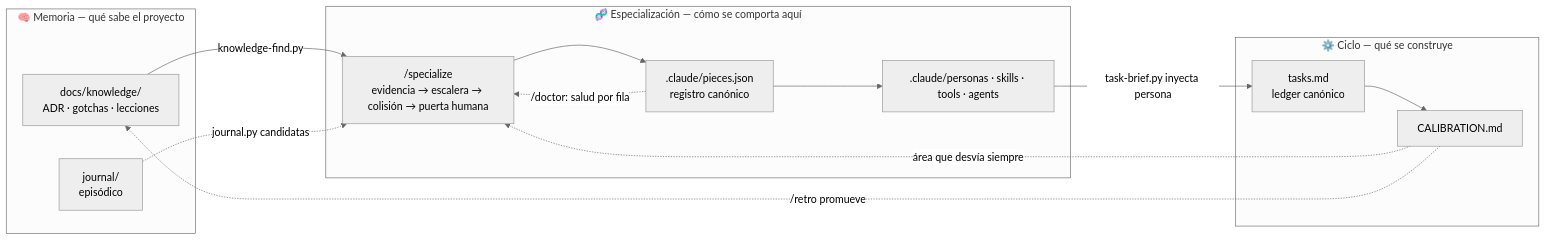
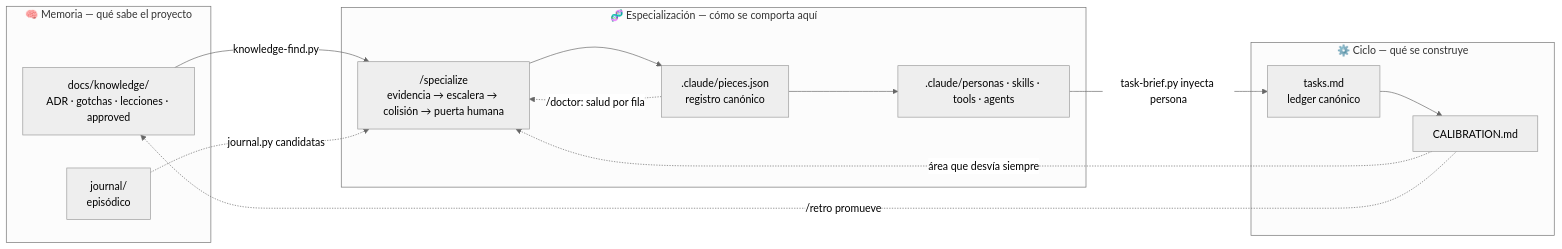
Diagram 13 of 16 in docs/FLOWS.md (daycry/custom-agents), drawn with Mermaid (neutral theme) before and after one commit. The commit also changed 25 other files, not shown here.

Commit message:
fix(memory): recover approved knowledge with preserved provenance

````diff
--- a/docs/FLOWS.md
+++ b/docs/FLOWS.md
@@ -398,24 +398,24 @@
 ```mermaid
 flowchart LR
   subgraph MEM["🧠 Memoria — qué sabe el proyecto"]
-    K["docs/knowledge/<br/>ADR · gotchas · lecciones"]
+    K["docs/knowledge/<br/>ADR · gotchas · lecciones · approved"]
     J["journal/<br/>episódico"]
   end
   subgraph ESP["🧬 Especialización — cómo se comporta aquí"]
     SP["/specialize<br/>evidencia → escalera → colisión → puerta humana"]
     REG[".claude/pieces.json<br/>registro canónico"]
     PZ[".claude/personas · skills · tools · agents"]
   end
   subgraph CIC["⚙️ Ciclo — qué se construye"]
     T["tasks.md<br/>ledger canónico"]
     CAL["CALIBRATION.md"]
   end
   K -->|"knowledge-find.py"| SP
   J -.->|"journal.py candidatas"| SP
   CAL -.->|"área que desvía siempre"| SP
   SP --> REG --> PZ
   PZ -->|"task-brief.py inyecta persona"| T
   T --> CAL
   CAL -.->|"/retro promueve"| K
   REG -.->|"/doctor: salud por fila"| SP
 ```
````
